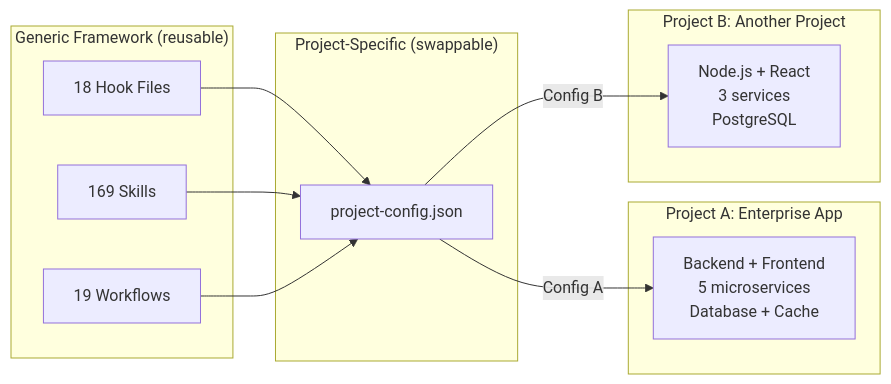
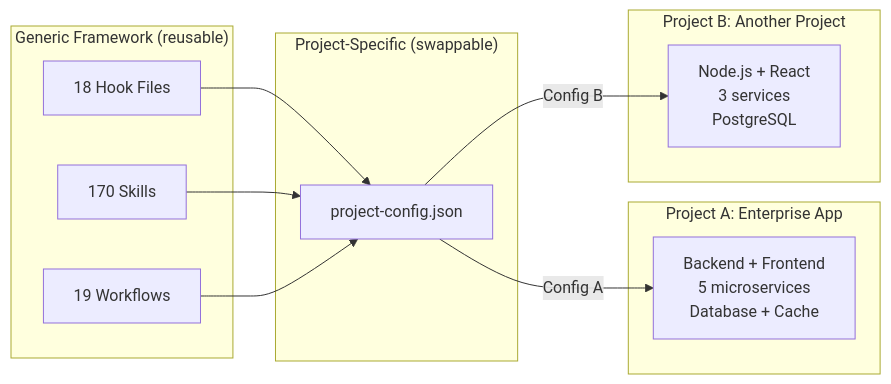
Before and after one commit to duc01226/easy-claude: the eighth of 20 diagrams in .claude/docs/claude-ai-agent-framework-guide.md, drawn with Mermaid. The commit also changed other lines of this file and 25 other files, not shown here.

````diff
--- a/.claude/docs/claude-ai-agent-framework-guide.md
+++ b/.claude/docs/claude-ai-agent-framework-guide.md
@@ -876,24 +876,24 @@
 ```mermaid
 graph LR
     subgraph "Generic Framework (reusable)"
         H[18 Hook Files]
-        S[169 Skills]
+        S[170 Skills]
         W[19 Workflows]
     end
 
     subgraph "Project-Specific (swappable)"
         PC[project-config.json]
     end
 
     subgraph "Project A: Enterprise App"
         PA[Backend + Frontend<br/>5 microservices<br/>Database + Cache]
     end
 
     subgraph "Project B: Another Project"
         PB[Node.js + React<br/>3 services<br/>PostgreSQL]
     end
 
     H & S & W --> PC
     PC -->|Config A| PA
     PC -->|Config B| PB
 ```
````
